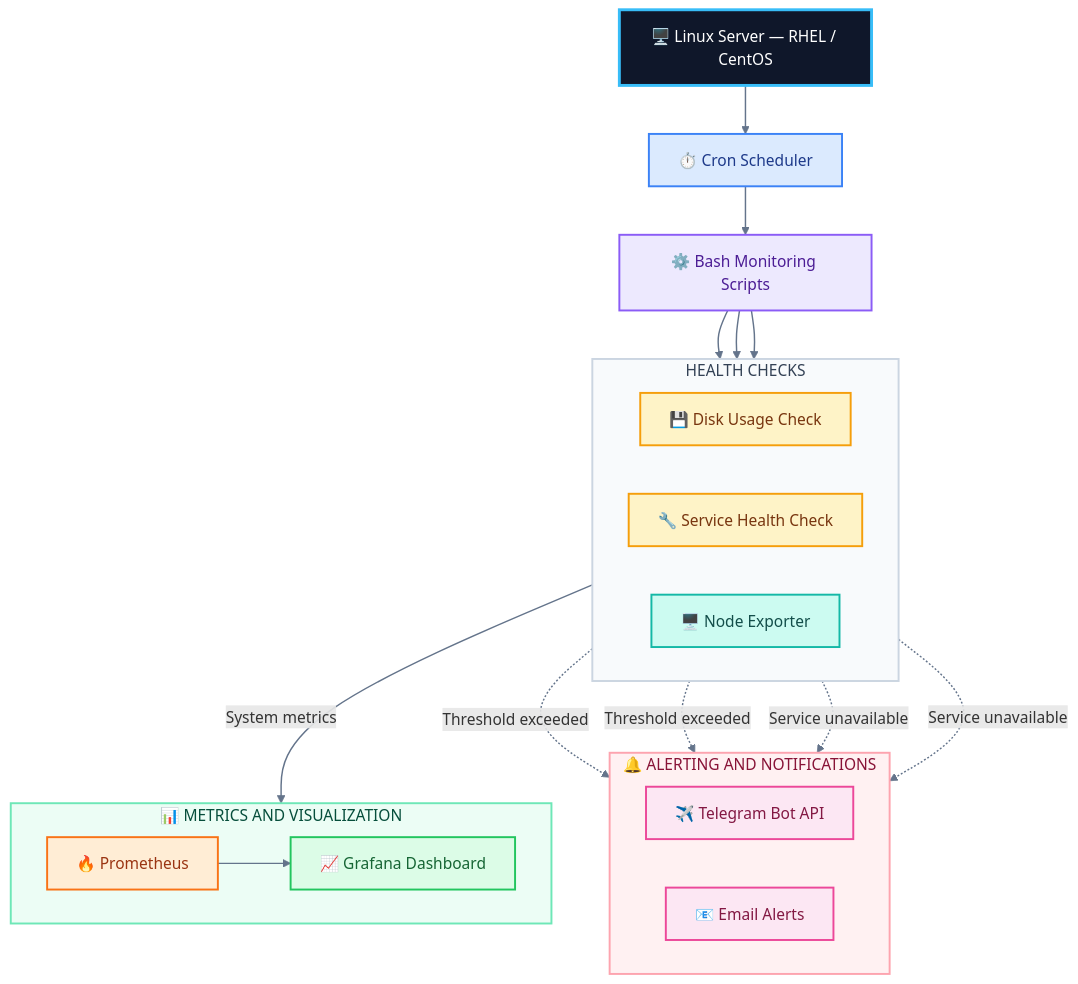
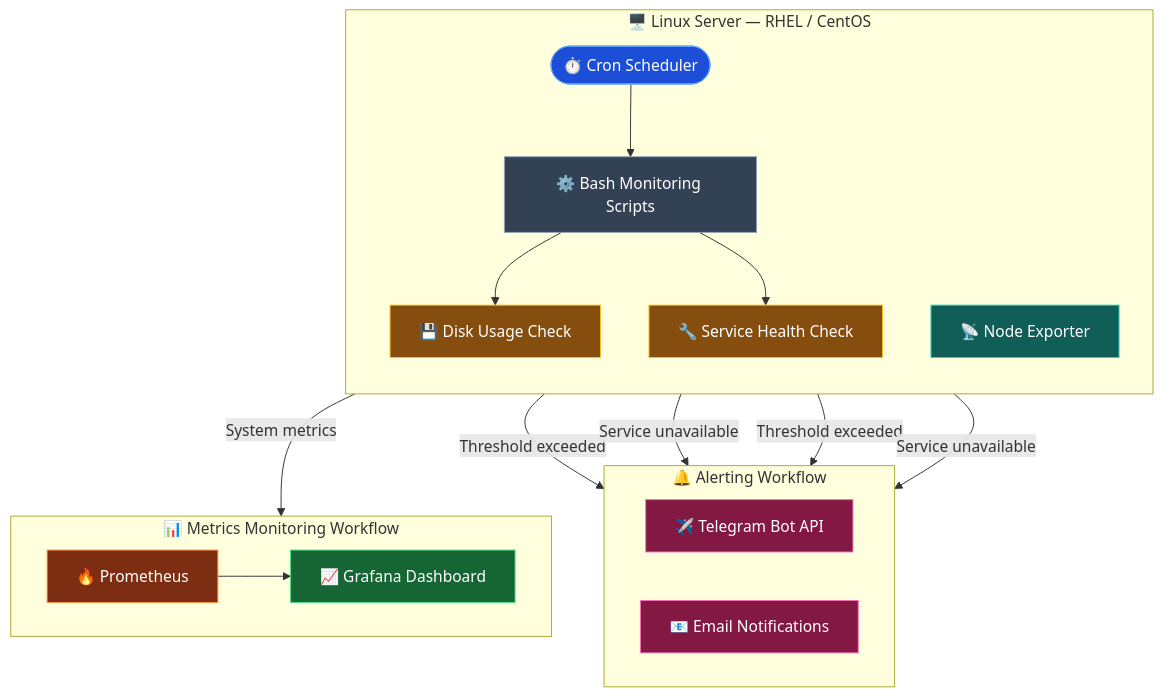
The diagram in README.md (SAI-GODGE/Self-Healing-Linux-Server-Monitoring-Alerting-System), drawn with Mermaid before and after one commit.

````diff
--- a/README.md
+++ b/README.md
@@ -61,64 +61,51 @@
 ```mermaid
 flowchart TB
-    SERVER["🖥️ Linux Server — RHEL / CentOS"]
-
-    CRON["⏱️ Cron Scheduler"]
-    BASH["⚙️ Bash Monitoring Scripts"]
-
-    subgraph CHECKS["HEALTH CHECKS"]
-        direction LR
+    subgraph SERVER["🖥️ Linux Server — RHEL / CentOS"]
+        direction TB
+        CRON(["⏱️ Cron Scheduler"])
+        SCRIPTS["⚙️ Bash Monitoring Scripts"]
         DISK["💾 Disk Usage Check"]
         SERVICE["🔧 Service Health Check"]
-        NODE["🖥️ Node Exporter"]
+        NODE["📡 Node Exporter"]
+
+        CRON --> SCRIPTS
+        SCRIPTS --> DISK
+        SCRIPTS --> SERVICE
     end
 
-    SERVER --> CRON
-    CRON --> BASH
-    BASH --> DISK
-    BASH --> SERVICE
-    BASH --> NODE
-
-    subgraph ALERTS["🔔 ALERTING AND NOTIFICATIONS"]
+    subgraph NOTIFY["🔔 Alerting Workflow"]
         direction LR
         TELEGRAM["✈️ Telegram Bot API"]
-        EMAIL["📧 Email Alerts"]
+        EMAIL["📧 Email Notifications"]
     end
 
-    subgraph METRICS["📊 METRICS AND VISUALIZATION"]
+    subgraph MONITOR["📊 Metrics Monitoring Workflow"]
         direction LR
         PROM["🔥 Prometheus"]
         GRAFANA["📈 Grafana Dashboard"]
         PROM --> GRAFANA
     end
 
-    DISK -.->|"Threshold exceeded"| TELEGRAM
-    DISK -.->|"Threshold exceeded"| EMAIL
-    SERVICE -.->|"Service unavailable"| TELEGRAM
-    SERVICE -.->|"Service unavailable"| EMAIL
+    DISK -->|"Threshold exceeded"| TELEGRAM
+    SERVICE -->|"Service unavailable"| TELEGRAM
+    DISK -->|"Threshold exceeded"| EMAIL
+    SERVICE -->|"Service unavailable"| EMAIL
 
     NODE -->|"System metrics"| PROM
 
-    classDef server fill:#0F172A,stroke:#38BDF8,color:#FFFFFF,stroke-width:3px
-    classDef scheduler fill:#DBEAFE,stroke:#3B82F6,color:#1E3A8A,stroke-width:2px
-    classDef scripts fill:#EDE9FE,stroke:#8B5CF6,color:#4C1D95,stroke-width:2px
-    classDef checks fill:#FEF3C7,stroke:#F59E0B,color:#78350F,stroke-width:2px
-    classDef exporter fill:#CCFBF1,stroke:#14B8A6,color:#134E4A,stroke-width:2px
-    classDef alerts fill:#FCE7F3,stroke:#EC4899,color:#831843,stroke-width:2px
-    classDef prometheus fill:#FFEDD5,stroke:#F97316,color:#9A3412,stroke-width:2px
-    classDef grafana fill:#DCFCE7,stroke:#22C55E,color:#166534,stroke-width:2px
+    classDef scheduler fill:#1D4ED8,stroke:#60A5FA,color:#FFFFFF
+    classDef scripts fill:#334155,stroke:#94A3B8,color:#FFFFFF
+    classDef checks fill:#854D0E,stroke:#FBBF24,color:#FFFFFF
+    classDef exporter fill:#115E59,stroke:#2DD4BF,color:#FFFFFF
+    classDef alerts fill:#831843,stroke:#F472B6,color:#FFFFFF
+    classDef monitoring fill:#7C2D12,stroke:#FB923C,color:#FFFFFF
+    classDef dashboard fill:#166534,stroke:#4ADE80,color:#FFFFFF
 
-    class SERVER server
     class CRON scheduler
-    class BASH scripts
+    class SCRIPTS scripts
     class DISK,SERVICE checks
     class NODE exporter
     class TELEGRAM,EMAIL alerts
-    class PROM prometheus
-    class GRAFANA grafana
-
-    style CHECKS fill:#F8FAFC,stroke:#CBD5E1,color:#334155,stroke-width:2px
-    style ALERTS fill:#FFF1F2,stroke:#FDA4AF,color:#881337,stroke-width:2px
-    style METRICS fill:#ECFDF5,stroke:#6EE7B7,color:#064E3B,stroke-width:2px
-
-    linkStyle default stroke:#64748B,stroke-width:1.5px
+    class PROM monitoring
+    class GRAFANA dashboard
 ```
````
